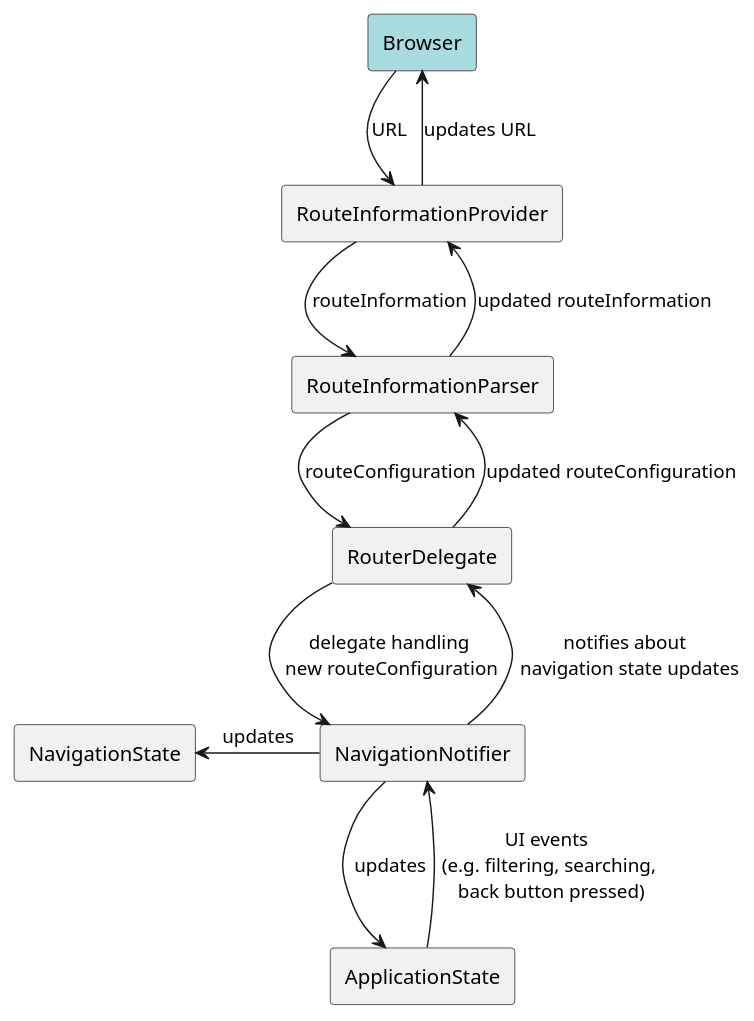
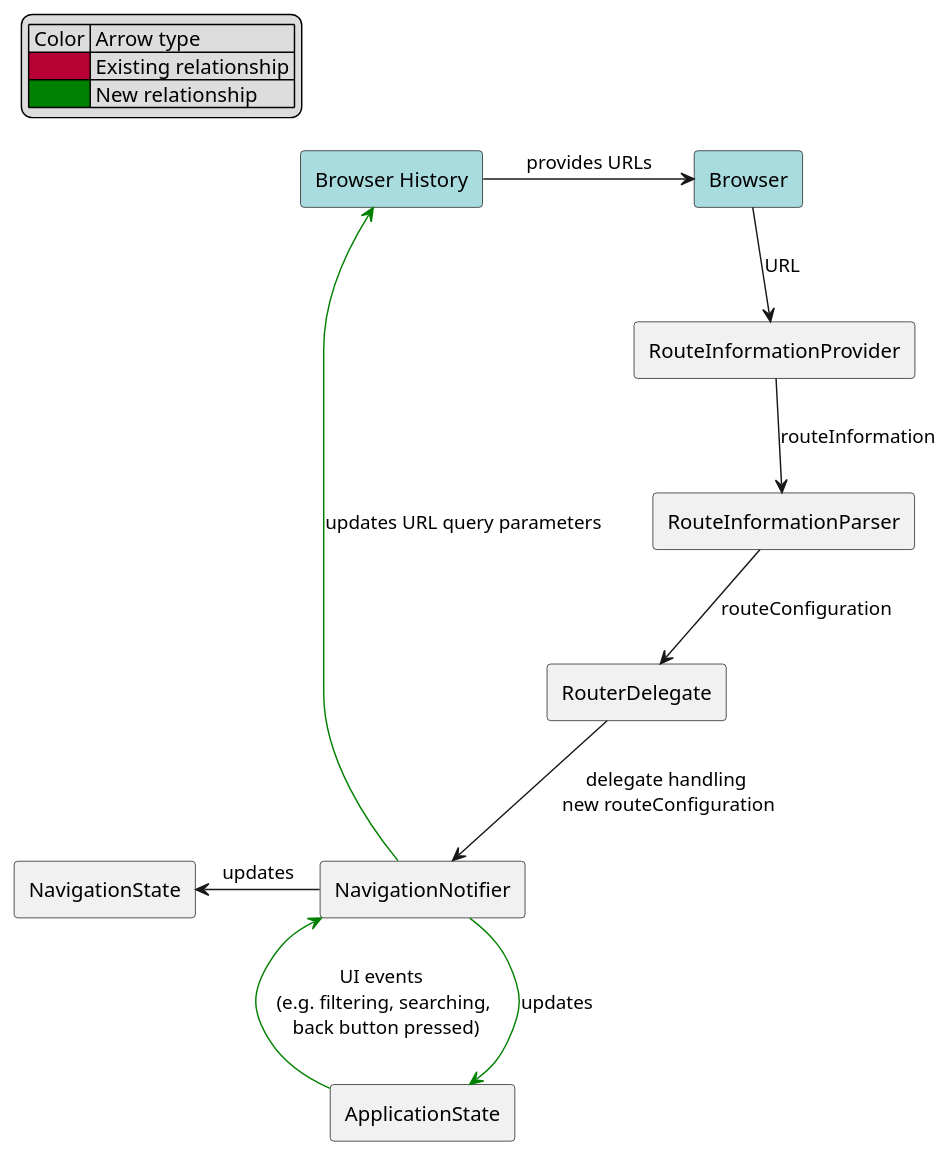
One commit to Flank/flank-dashboard changed the diagram in metrics/web/docs/features/deep_links/diagrams/deep_links_integration_component_diagram.puml. Above: the diagram before and after it, drawn with PlantUML. The commit also changed 1 other file, not shown here.

Commit message:
Update diagrams

```diff
--- a/metrics/web/docs/features/deep_links/diagrams/deep_links_integration_component_diagram.puml
+++ b/metrics/web/docs/features/deep_links/diagrams/deep_links_integration_component_diagram.puml
@@ -1,35 +1,38 @@
 @startuml deep_links_integration_component_diagram
 
 skinparam componentStyle rectangle
 
+legend top left
+    | Color | Arrow type |
+    |<#B70033>| Existing relationship |
+    |<#Green>| New relationship |
+endlegend
+
+component "Browser History" as History #A9DCDF
 component Browser #A9DCDF
 component RouteInformationProvider
 component RouteInformationParser
 component RouterDelegate
 component NavigationState
 component NavigationNotifier
 component ApplicationState
+
+History -right-> Browser : provides URLs
 
 Browser -down-> RouteInformationProvider : URL
 
 RouteInformationProvider -down-> RouteInformationParser : routeInformation
 
 RouteInformationParser -down-> RouterDelegate : routeConfiguration
 
 RouterDelegate -down-> NavigationNotifier : delegate handling\n new routeConfiguration
 
 NavigationNotifier -left-> NavigationState : updates
 
-NavigationNotifier --> ApplicationState : updates
+NavigationNotifier -[#Green]up-> ApplicationState : updates
 
-ApplicationState --> NavigationNotifier : UI events \n (e.g. filtering, searching, \n back button pressed)
+ApplicationState -[#Green]up-> NavigationNotifier : UI events \n (e.g. filtering, searching, \n back button pressed)
 
-NavigationNotifier -up-> RouterDelegate : notifies about \n navigation state updates
-
-RouterDelegate -up-> RouteInformationParser : updated routeConfiguration
-
-RouteInformationParser -up-> RouteInformationProvider : updated routeInformation
-
-RouteInformationProvider -up-> Browser : updates URL
+NavigationNotifier -[#Green]up-> History : updates URL query parameters
 
 @enduml
```
